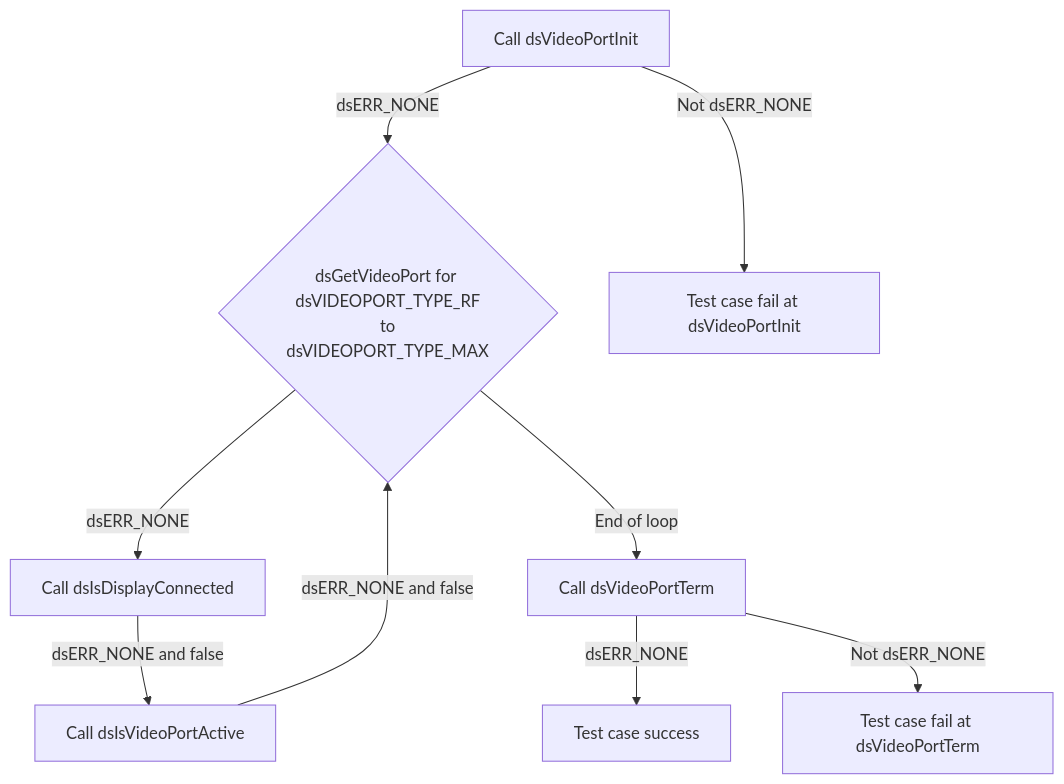
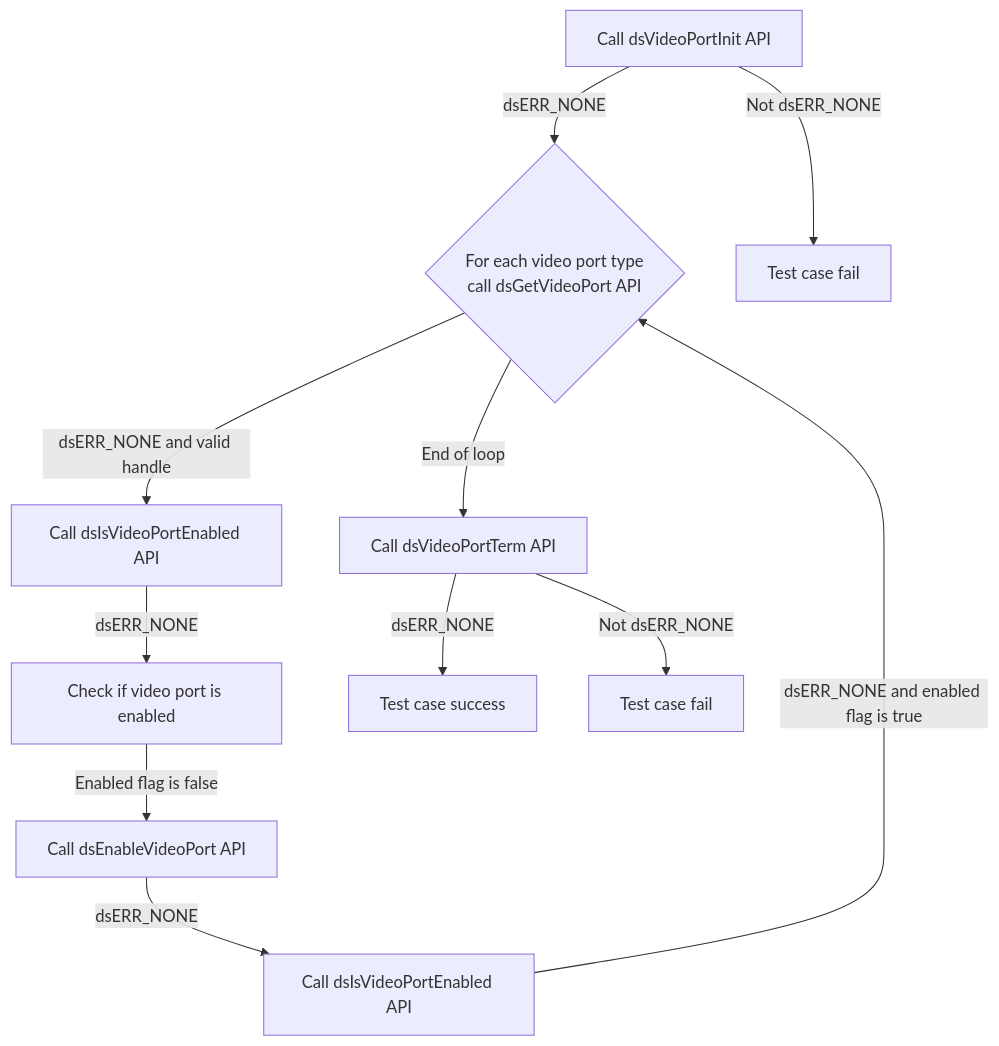
One commit to rdkcentral/rdk-halif-test-device_settings changed the second of 30 diagrams in docs/pages/dsVideoPort_L2_Low-Level_TestSpecification.md. Above: the diagram before and after it, drawn with Mermaid. The commit also changed other lines of this file and 5 other files, not shown here.

````diff
--- a/docs/pages/dsVideoPort_L2_Low-Level_TestSpecification.md
+++ b/docs/pages/dsVideoPort_L2_Low-Level_TestSpecification.md
@@ -114,11 +113,13 @@
 ```mermaid
 graph TB
-A[Call dsVideoPortInit] -->|dsERR_NONE| B{dsGetVideoPort for <br> dsVIDEOPORT_TYPE_RF <br> to dsVIDEOPORT_TYPE_MAX}
-B -->|dsERR_NONE| C[Call dsIsDisplayConnected]
-C -->|dsERR_NONE and false| D[Call dsIsVideoPortActive]
-B -->|End of loop |E[Call dsVideoPortTerm]
-D -->|dsERR_NONE and false| B
-E -->|dsERR_NONE| F[Test case success]
-A -->|Not dsERR_NONE| G[Test case fail at dsVideoPortInit]
-E -->|Not dsERR_NONE| K[Test case fail at dsVideoPortTerm]
+    A[Call dsVideoPortInit API] -->|dsERR_NONE| B{For each video port type <br>call dsGetVideoPort API}
+    A -->|Not dsERR_NONE| A1[Test case fail]
+    B -->|dsERR_NONE and valid handle| D[Call dsIsVideoPortEnabled API]
+    D -->|dsERR_NONE| E[Check if video port is enabled]
+    E -->|Enabled flag is false| F[Call dsEnableVideoPort API]
+    F -->|dsERR_NONE| G[Call dsIsVideoPortEnabled API]
+    G -->|dsERR_NONE and enabled flag is true| B
+    B -->|End of loop|I[Call dsVideoPortTerm API]
+    I -->|dsERR_NONE| J[Test case success]
+    I -->|Not dsERR_NONE| I1[Test case fail]
 ```
````
